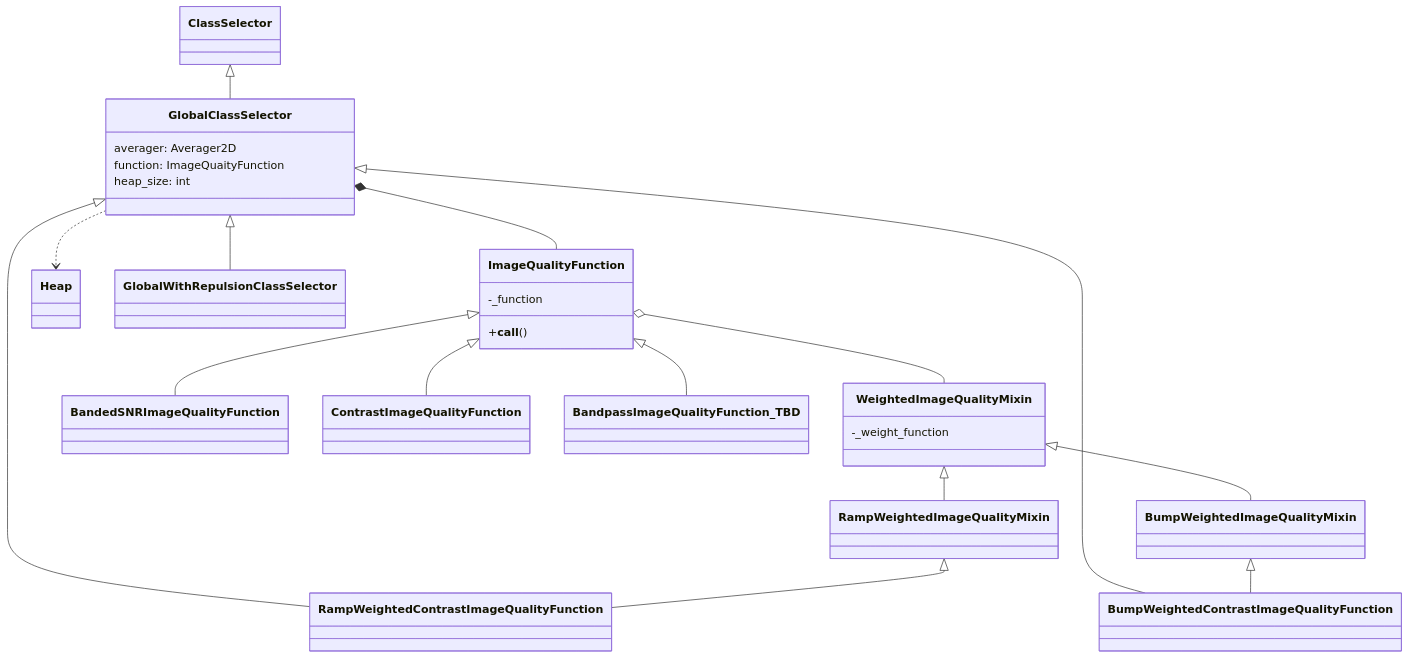
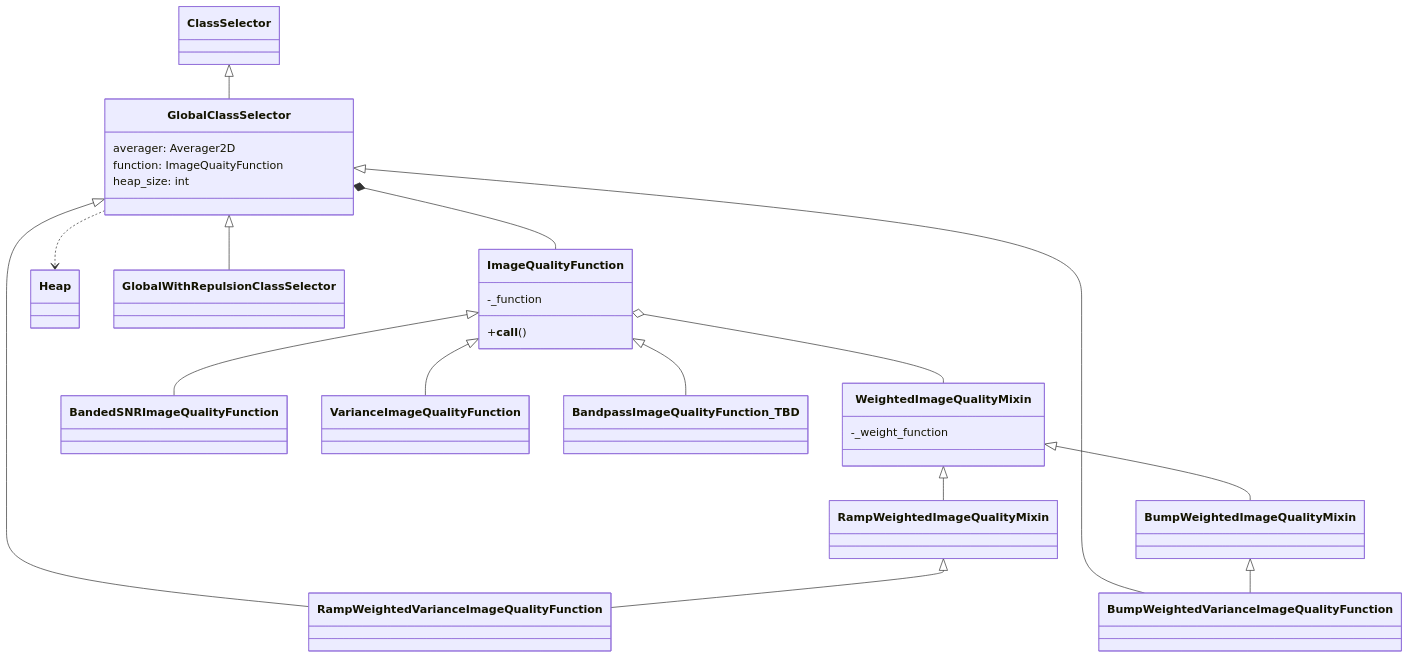
One commit to ComputationalCryoEM/ASPIRE-Python changed the fifth of 6 diagrams in docs/source/class_source.rst. Above: the diagram before and after it, drawn with Mermaid. The commit also changed other lines of this file and 3 other files, not shown here.

Commit message:
rename ContrastImageQualityFunction ~> Vairance

```diff
--- a/docs/source/class_source.rst
+++ b/docs/source/class_source.rst
@@ -188,33 +187,33 @@
 .. mermaid::
 
    classDiagram
        ClassSelector <|-- GlobalClassSelector
        class GlobalClassSelector{
 	   averager: Averager2D
 	   function: ImageQuaityFunction
 	   heap_size: int
 	   }
        GlobalClassSelector *-- ImageQualityFunction
        GlobalClassSelector ..> Heap
        GlobalClassSelector <|-- GlobalWithRepulsionClassSelector
 
 
        class ImageQualityFunction{
 	  -_function
 	  +__call__()
 	  }
        ImageQualityFunction o-- WeightedImageQualityMixin
        ImageQualityFunction <|-- BandedSNRImageQualityFunction
-       ImageQualityFunction <|-- ContrastImageQualityFunction
+       ImageQualityFunction <|-- VarianceImageQualityFunction
        ImageQualityFunction <|-- BandpassImageQualityFunction_TBD
 
        class WeightedImageQualityMixin{
 	   -_weight_function
        }
        WeightedImageQualityMixin <|-- RampWeightedImageQualityMixin
        WeightedImageQualityMixin <|-- BumpWeightedImageQualityMixin
 
-       GlobalClassSelector <|-- RampWeightedContrastImageQualityFunction
-       RampWeightedImageQualityMixin <|-- RampWeightedContrastImageQualityFunction
-       GlobalClassSelector <|-- BumpWeightedContrastImageQualityFunction
-       BumpWeightedImageQualityMixin <|-- BumpWeightedContrastImageQualityFunction
+       GlobalClassSelector <|-- RampWeightedVarianceImageQualityFunction
+       RampWeightedImageQualityMixin <|-- RampWeightedVarianceImageQualityFunction
+       GlobalClassSelector <|-- BumpWeightedVarianceImageQualityFunction
+       BumpWeightedImageQualityMixin <|-- BumpWeightedVarianceImageQualityFunction
```
